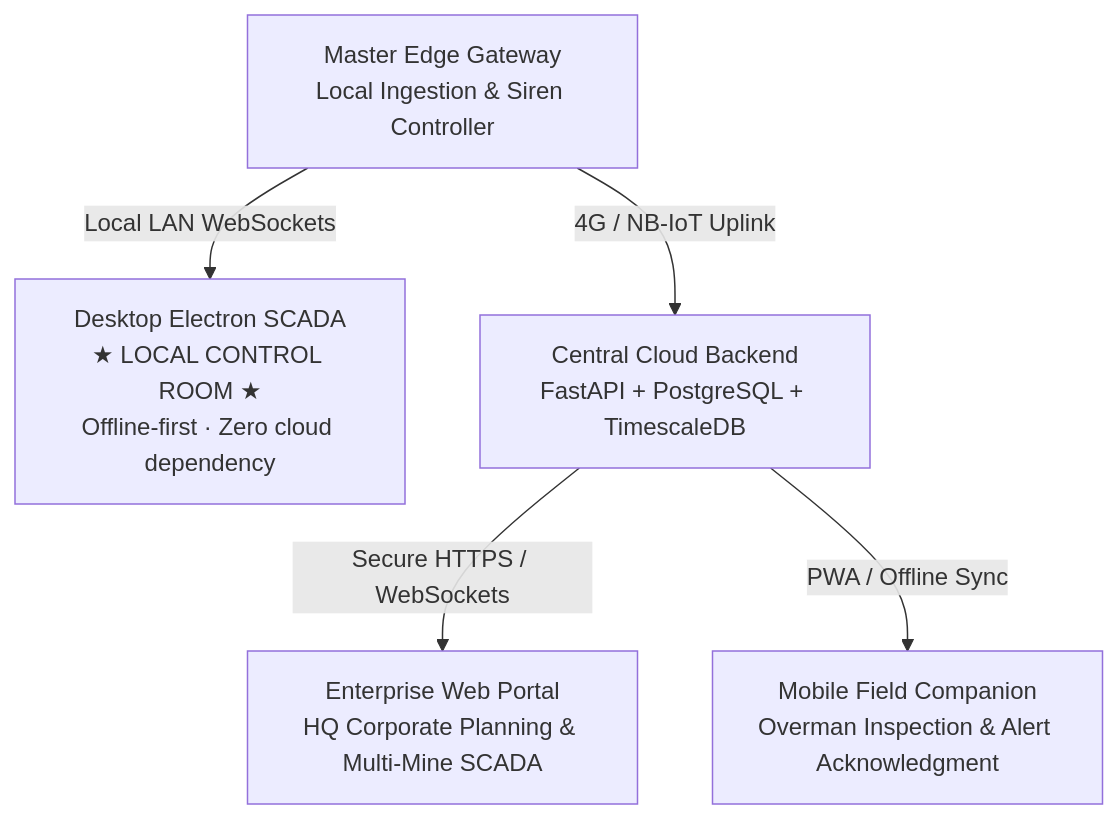
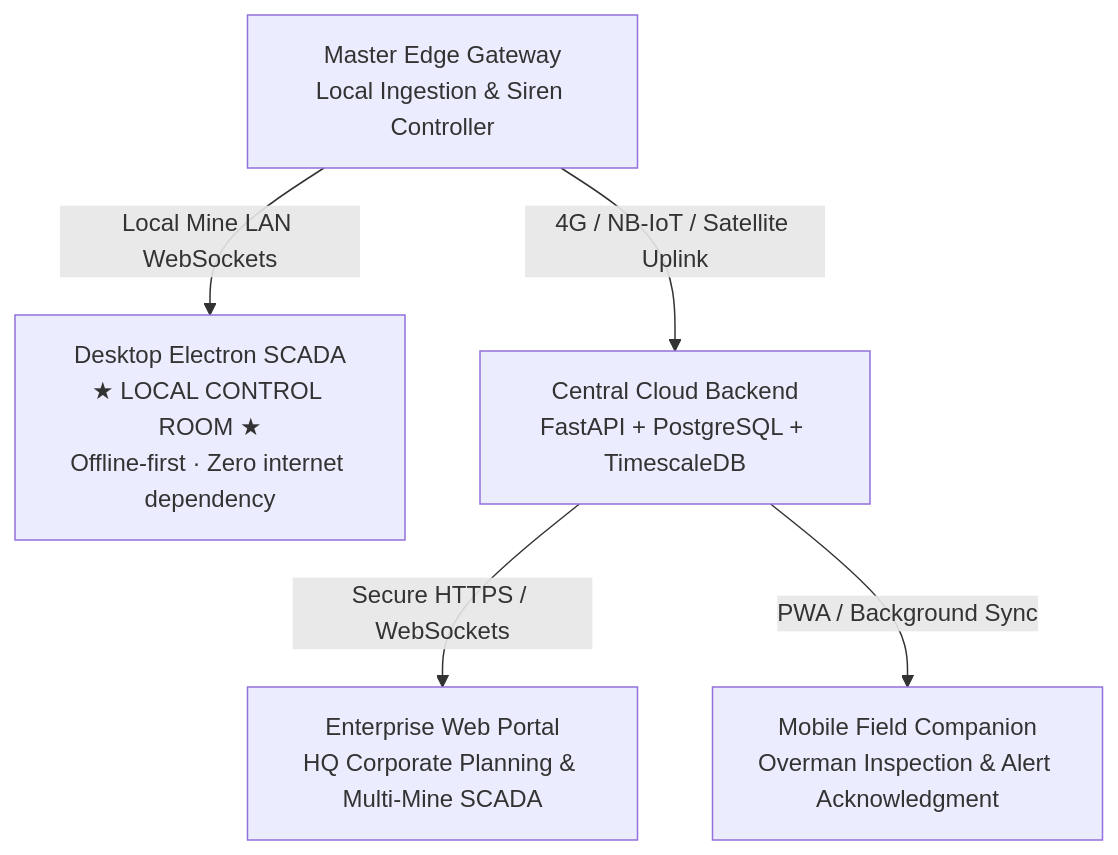
Before and after one commit to lively-life7/SIH-Documentation: the diagram in docs/07-digital-twin-and-ui/web-mobile-platform.md, drawn with Mermaid. The commit also changed other lines of this file and 44 other files, not shown here.

````diff
--- a/docs/07-digital-twin-and-ui/web-mobile-platform.md
+++ b/docs/07-digital-twin-and-ui/web-mobile-platform.md
@@ -12,7 +11,7 @@
 ```mermaid
 flowchart TD
-    GATEWAY["Master Edge Gateway<br/>Local Ingestion & Siren Controller"] -->|Local LAN WebSockets| ELECTRON["Desktop Electron SCADA<br/>★ LOCAL CONTROL ROOM ★<br/>Offline-first · Zero cloud dependency"]
-    GATEWAY -->|4G / NB-IoT Uplink| CLOUD["Central Cloud Backend<br/>FastAPI + PostgreSQL + TimescaleDB"]
+    GATEWAY["Master Edge Gateway<br/>Local Ingestion & Siren Controller"] -->|Local Mine LAN WebSockets| ELECTRON["Desktop Electron SCADA<br/>★ LOCAL CONTROL ROOM ★<br/>Offline-first · Zero internet dependency"]
+    GATEWAY -->|4G / NB-IoT / Satellite Uplink| CLOUD["Central Cloud Backend<br/>FastAPI + PostgreSQL + TimescaleDB"]
     CLOUD -->|Secure HTTPS / WebSockets| WEB["Enterprise Web Portal<br/>HQ Corporate Planning & Multi-Mine SCADA"]
-    CLOUD -->|PWA / Offline Sync| MOBILE["Mobile Field Companion<br/>Overman Inspection & Alert Acknowledgment"]
+    CLOUD -->|PWA / Background Sync| MOBILE["Mobile Field Companion<br/>Overman Inspection & Alert Acknowledgment"]
 ```
````
